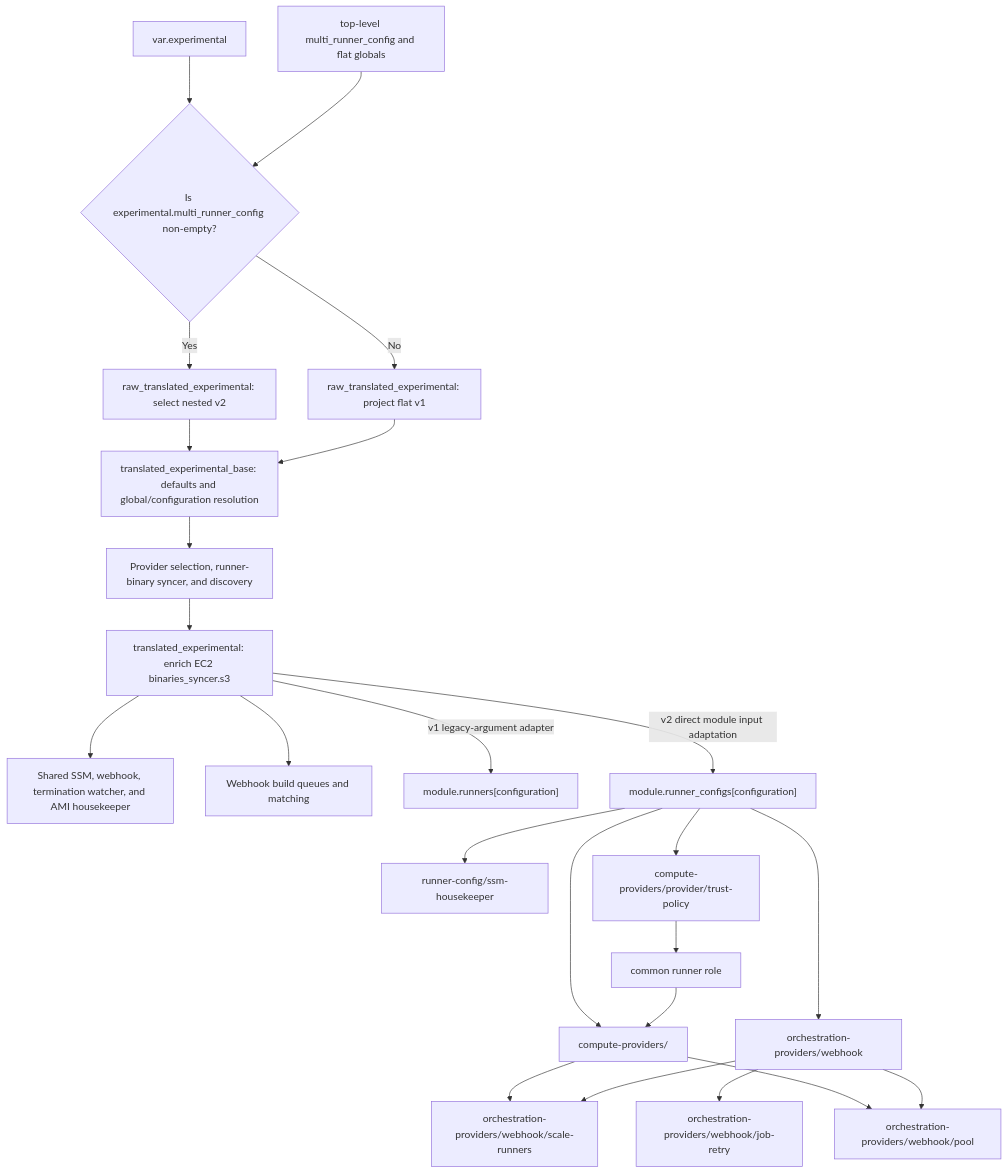
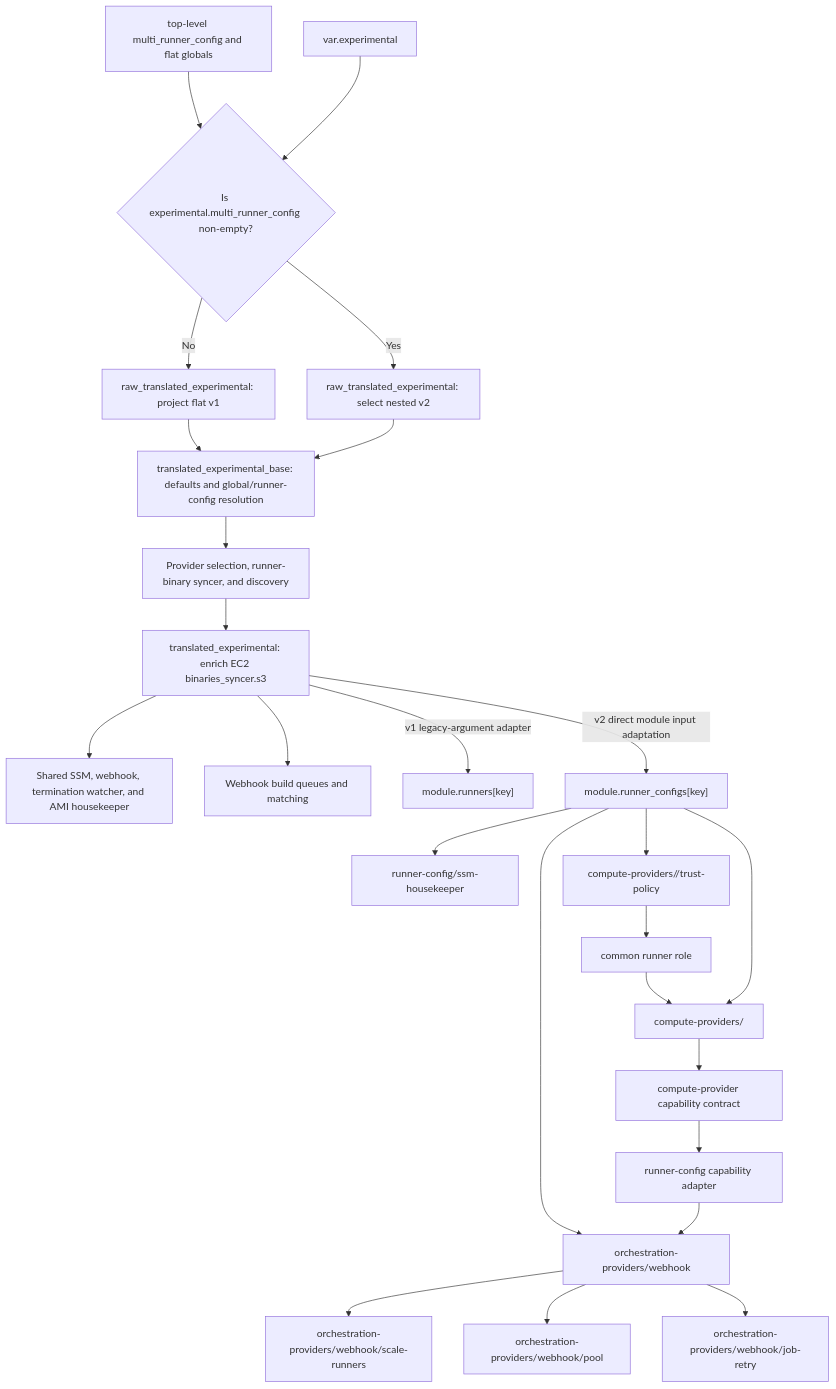
One commit to github-aws-runners/terraform-aws-github-runner changed the diagram in docs/modules/internal/compute-provider-refactor.md. Above: the diagram before and after it, drawn with Mermaid. The commit also changed other lines of this file and 3 other files, not shown here.

Commit message:
docs(orchestration): align provider boundary guidance

````diff
--- a/docs/modules/internal/compute-provider-refactor.md
+++ b/docs/modules/internal/compute-provider-refactor.md
@@ -69,26 +69,27 @@
 ```mermaid
 flowchart TD
   Stable["top-level multi_runner_config and flat globals"] --> Select{"Is experimental.multi_runner_config non-empty?"}
   Experimental["var.experimental"] --> Select
   Select -->|No| V1["raw_translated_experimental: project flat v1"]
   Select -->|Yes| V2["raw_translated_experimental: select nested v2"]
-  V1 --> Base["translated_experimental_base: defaults and global/configuration resolution"]
+  V1 --> Base["translated_experimental_base: defaults and global/runner-config resolution"]
   V2 --> Base
   Base --> Discovery["Provider selection, runner-binary syncer, and discovery"]
   Discovery --> Final["translated_experimental: enrich EC2 binaries_syncer.s3"]
   Final --> Singleton["Shared SSM, webhook, termination watcher, and AMI housekeeper"]
   Final --> Shared["Webhook build queues and matching"]
-  Final -->|v1 legacy-argument adapter| Legacy["module.runners[configuration]"]
-  Final -->|v2 direct module input adaptation| RunnerConfig["module.runner_configs[configuration]"]
+  Final -->|v1 legacy-argument adapter| Legacy["module.runners[key]"]
+  Final -->|v2 direct module input adaptation| RunnerConfig["module.runner_configs[key]"]
   RunnerConfig --> Orchestration["orchestration-providers/webhook"]
   Orchestration --> Scaling["orchestration-providers/webhook/scale-runners"]
   Orchestration --> Pool["orchestration-providers/webhook/pool"]
   Orchestration --> Retry["orchestration-providers/webhook/job-retry"]
   RunnerConfig --> Housekeeper["runner-config/ssm-housekeeper"]
-  RunnerConfig --> Trust["compute-providers/provider/trust-policy"]
+  RunnerConfig --> Trust["compute-providers/<provider>/trust-policy"]
   Trust --> Role["common runner role"]
   Role --> Provider
   RunnerConfig --> Provider["compute-providers/<provider>"]
-  Provider --> Scaling
-  Provider --> Pool
+  Provider --> Contract["compute-provider capability contract"]
+  Contract --> Adapter["runner-config capability adapter"]
+  Adapter --> Orchestration
 ```
````
